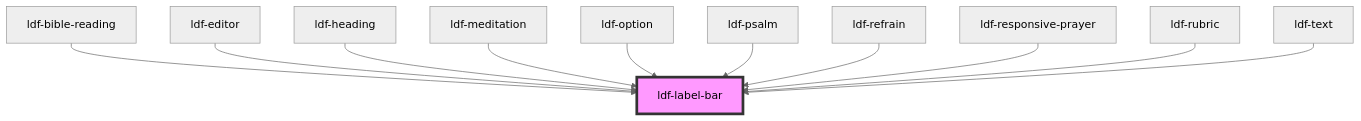
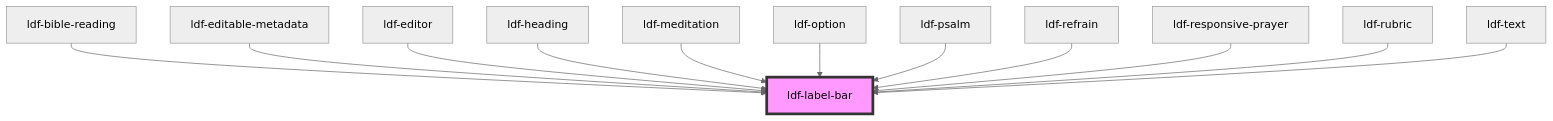
One commit to gbj/venite changed the diagram in components/src/components/label-bar/readme.md. Above: the diagram before and after it, drawn with Mermaid (neutral theme). The commit also changed other lines of this file and 46 other files, not shown here.

````diff
--- a/components/src/components/label-bar/readme.md
+++ b/components/src/components/label-bar/readme.md
@@ -24,14 +25,15 @@
 ```mermaid
 graph TD;
   ldf-bible-reading --> ldf-label-bar
+  ldf-editable-metadata --> ldf-label-bar
   ldf-editor --> ldf-label-bar
   ldf-heading --> ldf-label-bar
   ldf-meditation --> ldf-label-bar
   ldf-option --> ldf-label-bar
   ldf-psalm --> ldf-label-bar
   ldf-refrain --> ldf-label-bar
   ldf-responsive-prayer --> ldf-label-bar
   ldf-rubric --> ldf-label-bar
   ldf-text --> ldf-label-bar
   style ldf-label-bar fill:#f9f,stroke:#333,stroke-width:4px
 ```
````
